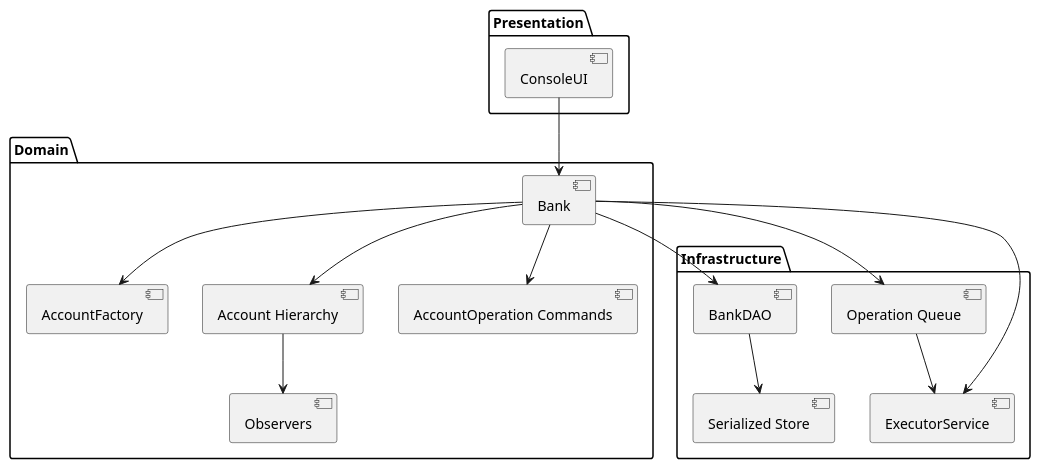
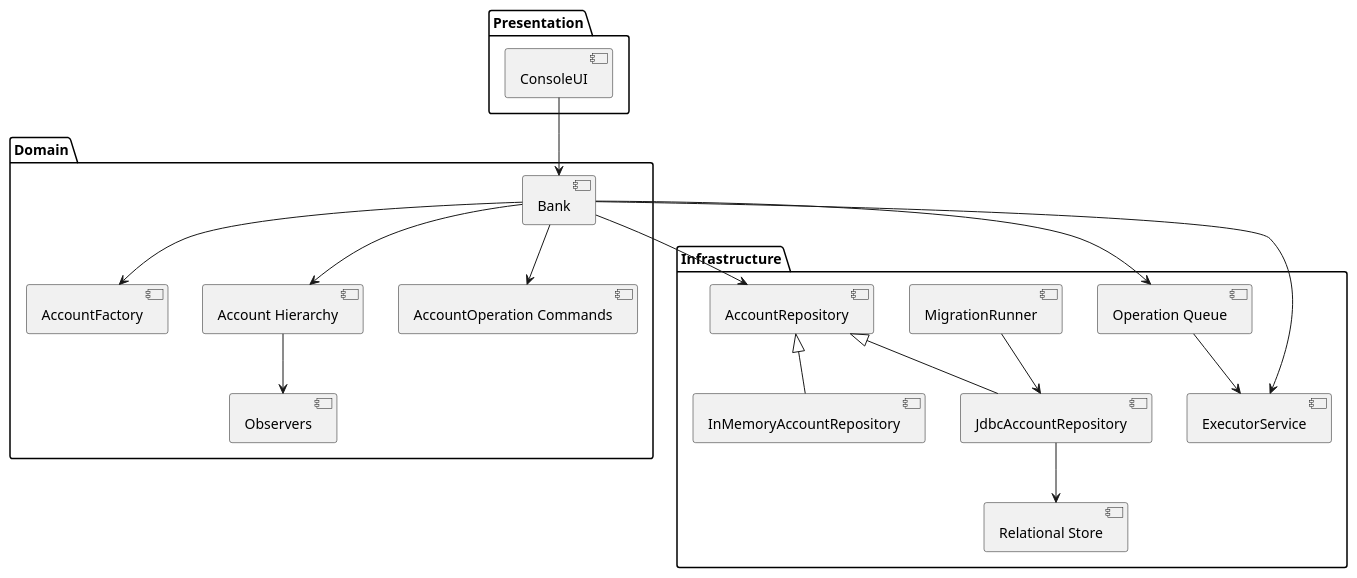
Before and after one commit to letsbegincode/Banking-System: the first of 2 diagrams in docs/architecture-system-design.md, drawn with PlantUML. The commit also changed other lines of this file and 53 other files, not shown here.

````diff
--- a/docs/architecture-system-design.md
+++ b/docs/architecture-system-design.md
@@ -13,30 +13,36 @@
 ```plantuml
 @startuml
 package "Presentation" {
   [ConsoleUI]
 }
 package "Domain" {
   [Bank]
   [AccountFactory]
   [Account Hierarchy]
   [AccountOperation Commands]
   [Observers]
 }
 package "Infrastructure" {
-  [BankDAO]
+  [AccountRepository]
+  [JdbcAccountRepository]
+  [InMemoryAccountRepository]
+  [MigrationRunner]
   [Operation Queue]
   [ExecutorService]
-  [Serialized Store]
+  [Relational Store]
 }
 [ConsoleUI] --> [Bank]
 [Bank] --> [AccountFactory]
 [Bank] --> [Account Hierarchy]
 [Bank] --> [AccountOperation Commands]
 [Bank] --> [Operation Queue]
 [Account Hierarchy] --> [Observers]
 [Bank] --> [ExecutorService]
 [Operation Queue] --> [ExecutorService]
-[Bank] --> [BankDAO]
-[BankDAO] --> [Serialized Store]
+[Bank] --> [AccountRepository]
+[AccountRepository] <|-- [JdbcAccountRepository]
+[AccountRepository] <|-- [InMemoryAccountRepository]
+[MigrationRunner] --> [JdbcAccountRepository]
+[JdbcAccountRepository] --> [Relational Store]
 @enduml
 ```
````
